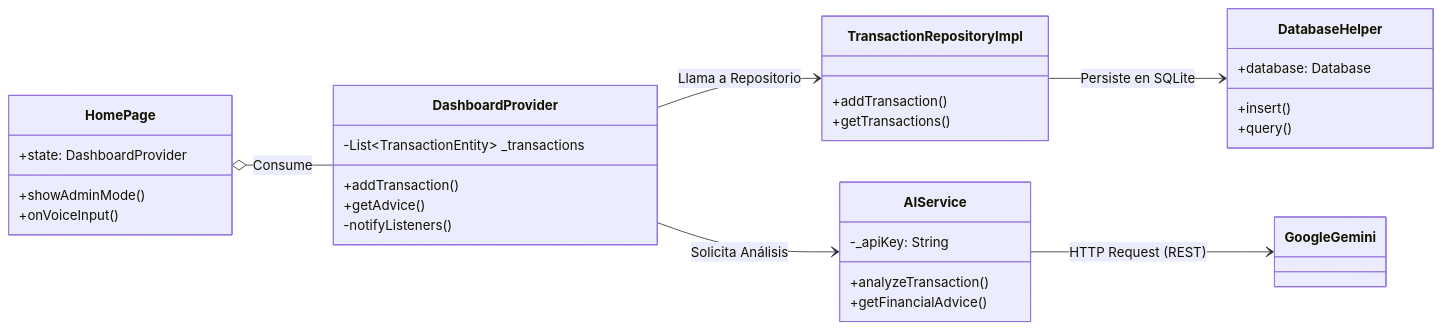
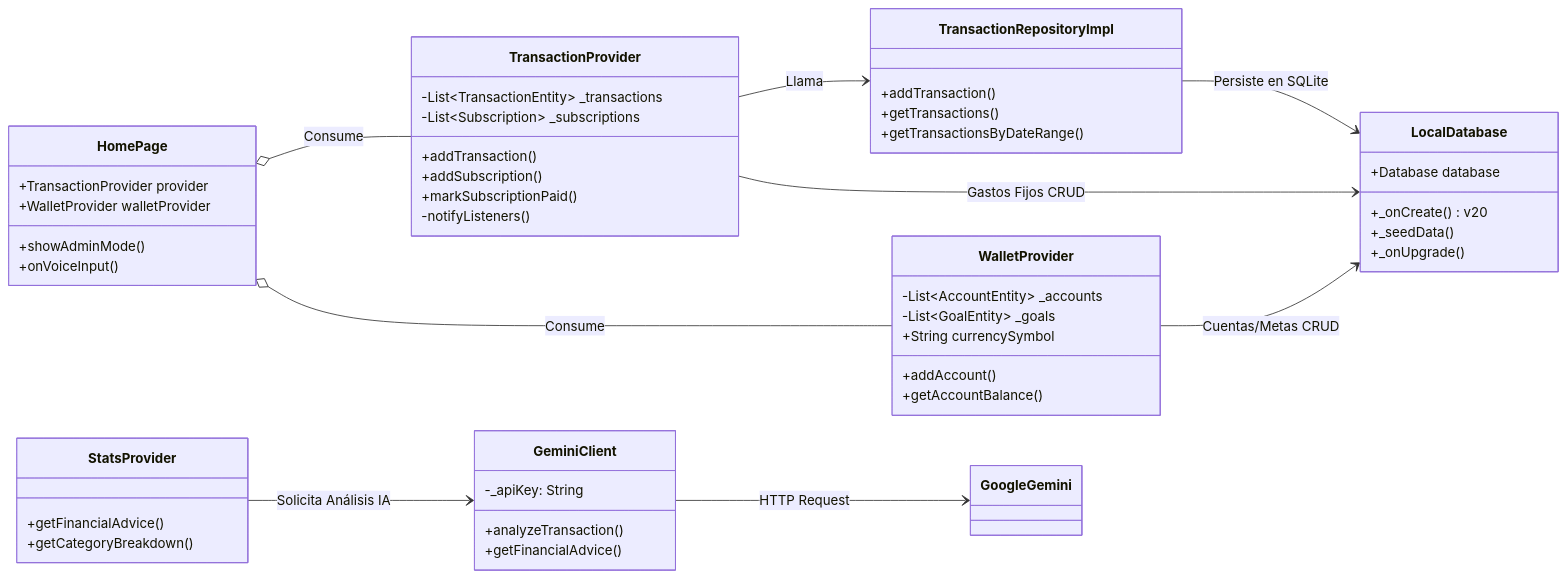
Before and after one commit to Johntl121/Gestor-Gastos: the first of 2 diagrams in doc/02_ARQUITECTURA_TECNICA.md, drawn with Mermaid. The commit also changed other lines of this file and 5 other files, not shown here.

````diff
--- a/doc/02_ARQUITECTURA_TECNICA.md
+++ b/doc/02_ARQUITECTURA_TECNICA.md
@@ -15,44 +101,65 @@
 ```mermaid
 classDiagram
     direction LR
     
     %% Capa de Presentación
     class HomePage {
-        +state: DashboardProvider
+        +TransactionProvider provider
+        +WalletProvider walletProvider
         +showAdminMode()
         +onVoiceInput()
     }
     
-    class DashboardProvider {
+    class TransactionProvider {
         -List~TransactionEntity~ _transactions
+        -List~Subscription~ _subscriptions
         +addTransaction()
-        +getAdvice()
+        +addSubscription()
+        +markSubscriptionPaid()
         -notifyListeners()
+    }
+
+    class WalletProvider {
+        -List~AccountEntity~ _accounts
+        -List~GoalEntity~ _goals
+        +String currencySymbol
+        +addAccount()
+        +getAccountBalance()
+    }
+
+    class StatsProvider {
+        +getFinancialAdvice()
+        +getCategoryBreakdown()
     }
     
     %% Capa de Dominio/Data
     class TransactionRepositoryImpl {
         +addTransaction()
         +getTransactions()
+        +getTransactionsByDateRange()
     }
     
     %% Capa de Infraestructura
-    class DatabaseHelper {
-        +database: Database
-        +insert()
-        +query()
+    class LocalDatabase {
+        +Database database
+        +_onCreate() v20
+        +_seedData()
+        +_onUpgrade()
     }
     
-    class AIService {
+    class GeminiClient {
         -_apiKey: String
         +analyzeTransaction()
         +getFinancialAdvice()
     }
 
     %% Relaciones
-    HomePage o-- DashboardProvider : Consume
-    DashboardProvider --> TransactionRepositoryImpl : Llama a Repositorio
-    DashboardProvider --> AIService : Solicita Análisis
-    TransactionRepositoryImpl --> DatabaseHelper : Persiste en SQLite
-    AIService --> GoogleGemini : HTTP Request (REST)
+    HomePage o-- TransactionProvider : Consume
+    HomePage o-- WalletProvider : Consume
+    TransactionProvider --> TransactionRepositoryImpl : Llama
+    TransactionProvider --> LocalDatabase : Gastos Fijos CRUD
+    WalletProvider --> LocalDatabase : Cuentas/Metas CRUD
+    StatsProvider --> GeminiClient : Solicita Análisis IA
+    TransactionRepositoryImpl --> LocalDatabase : Persiste en SQLite
+    GeminiClient --> GoogleGemini : HTTP Request
 ```
````
